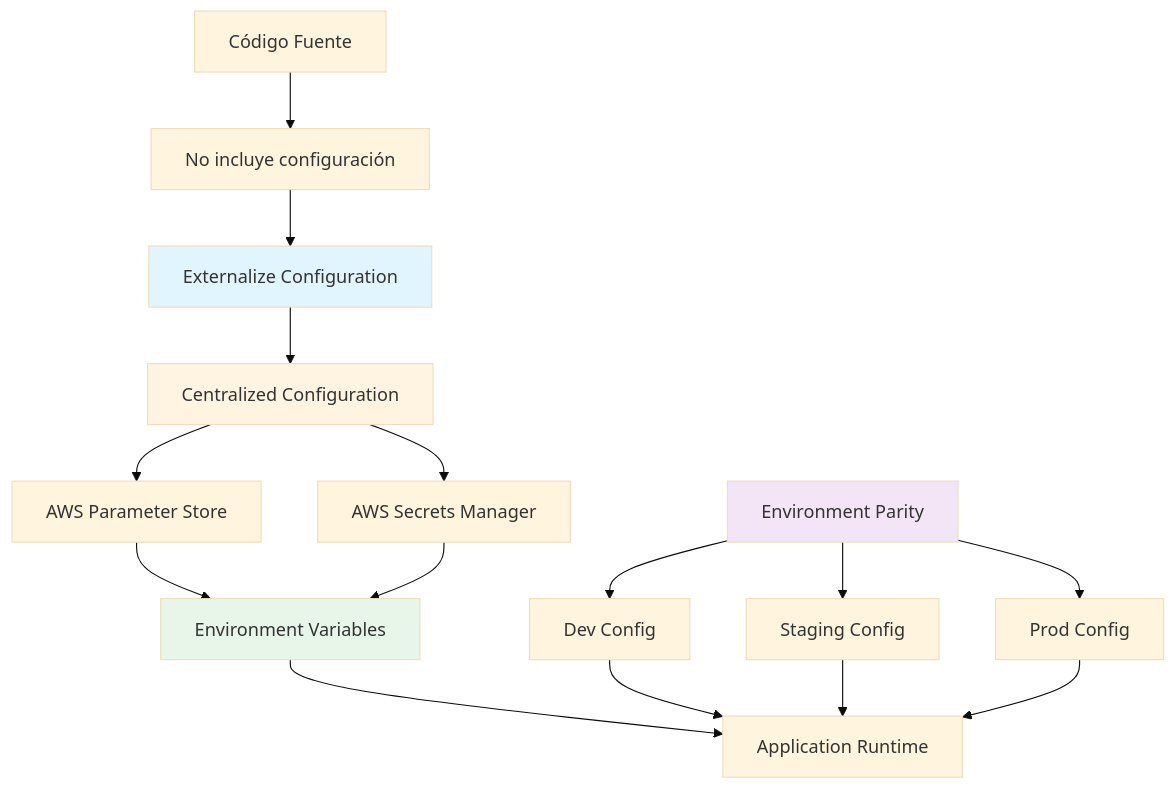
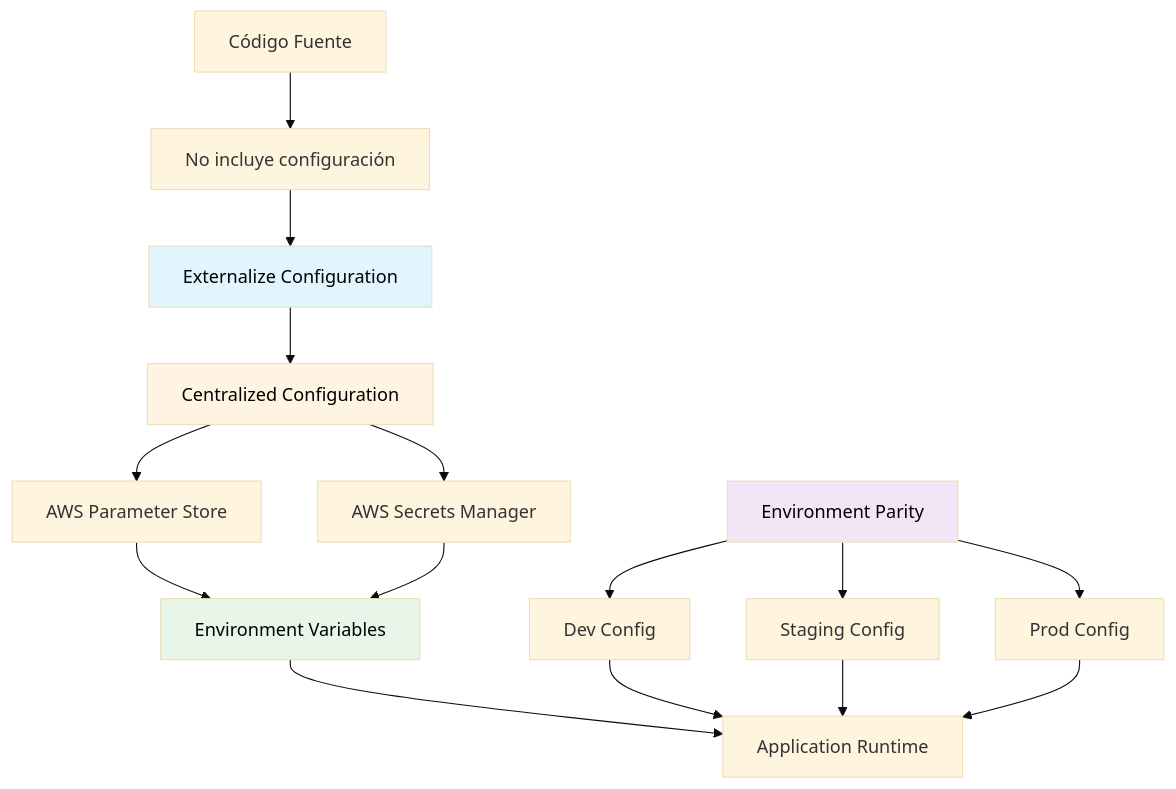
The diagram in docs/fundamentos-corporativos/estandares/infraestructura/configuration-management.md (jclemente-tlm/tlm-doc-architecture), drawn with Mermaid (base theme) before and after one commit. The commit also changed 21 other files, not shown here.

````diff
--- a/docs/fundamentos-corporativos/estandares/infraestructura/configuration-management.md
+++ b/docs/fundamentos-corporativos/estandares/infraestructura/configuration-management.md
@@ -50,27 +50,27 @@
 ```mermaid
 graph TB
     A[Código Fuente] --> B[No incluye configuración]
     B --> C[Externalize Configuration]
 
     C --> D[Centralized Configuration]
     D --> E[AWS Parameter Store]
     D --> F[AWS Secrets Manager]
 
     E --> G[Environment Variables]
     F --> G
 
     G --> H[Application Runtime]
 
     I[Environment Parity] --> J[Dev Config]
     I --> K[Staging Config]
     I --> L[Prod Config]
 
     J --> H
     K --> H
     L --> H
 
-    style C fill:#e1f5ff
-    style D fill:#fff4e1
-    style G fill:#e8f5e9
-    style I fill:#f3e5f5
+    style C fill:#e1f5ff,color:#000000
+    style D fill:#fff4e1,color:#000000
+    style G fill:#e8f5e9,color:#000000
+    style I fill:#f3e5f5,color:#000000
 ```
````
